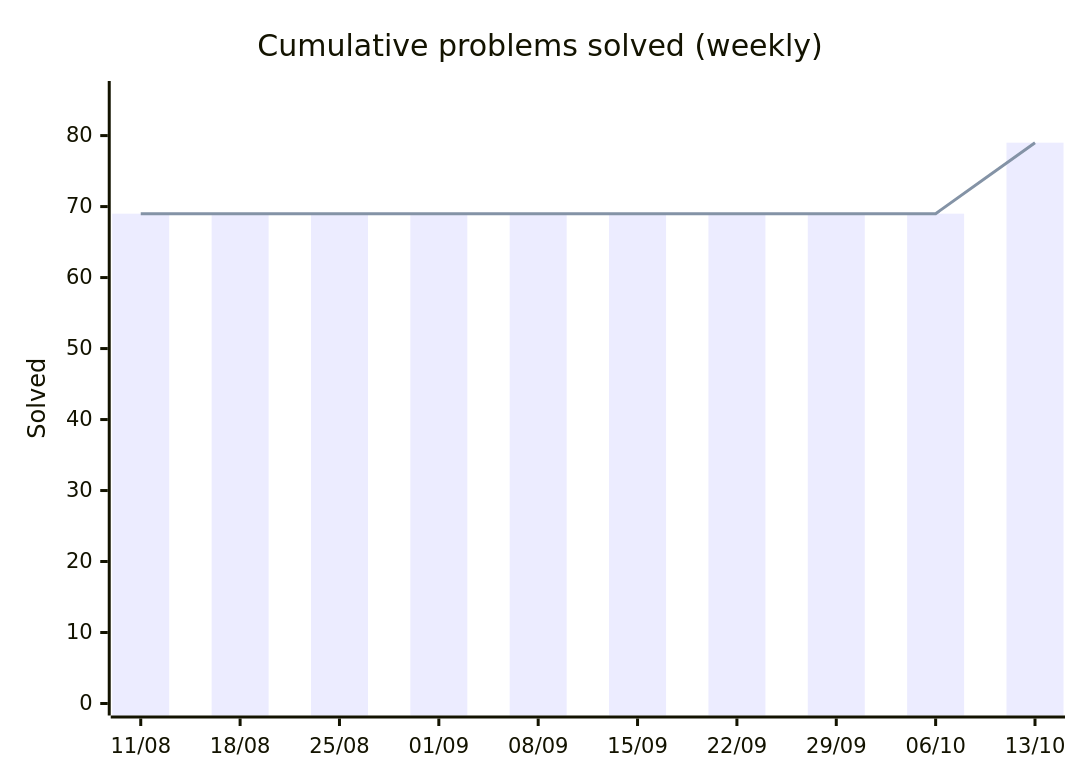
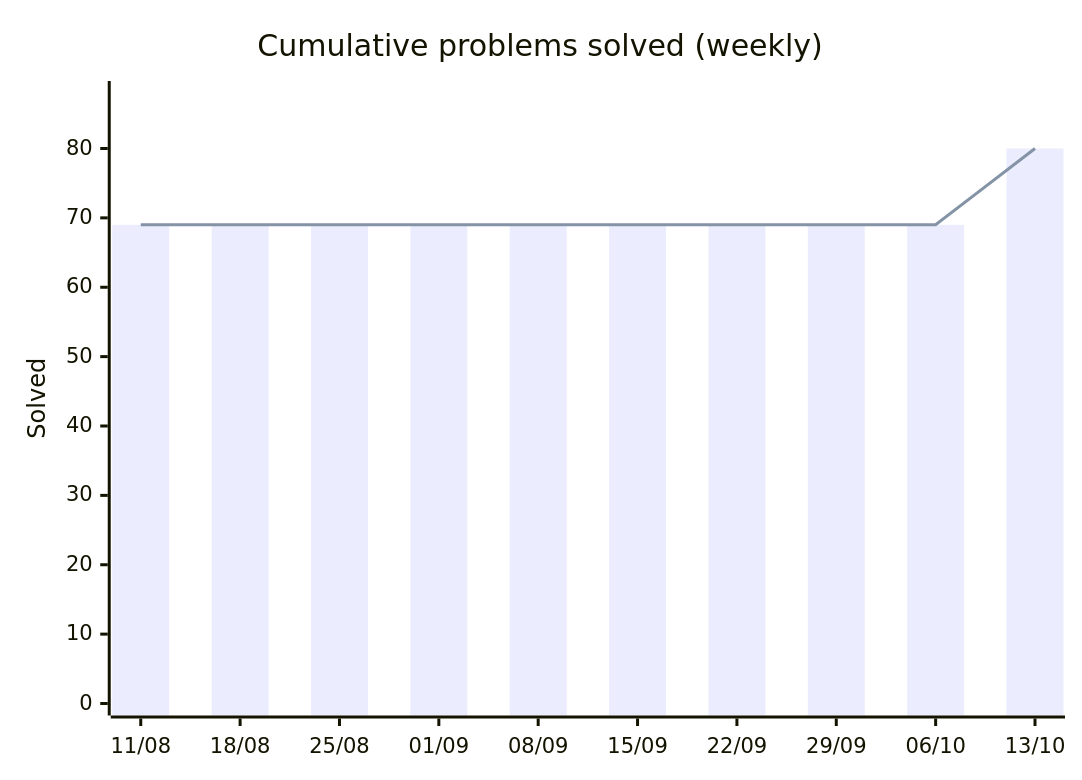
One commit to HarryTrn/TensorTonic-Solutions changed the first of 2 diagrams in README.md. Above: the diagram before and after it, drawn with Mermaid. The commit also changed other lines of this file, not shown here.

````diff
--- a/README.md
+++ b/README.md
@@ -65,8 +65,8 @@
 ```mermaid
 xychart-beta
     title "Cumulative problems solved (weekly)"
     x-axis ["11/08", "18/08", "25/08", "01/09", "08/09", "15/09", "22/09", "29/09", "06/10", "13/10"]
-    y-axis "Solved" 0 --> 86
-    bar [69, 69, 69, 69, 69, 69, 69, 69, 69, 79]
-    line [69, 69, 69, 69, 69, 69, 69, 69, 69, 79]
+    y-axis "Solved" 0 --> 88
+    bar [69, 69, 69, 69, 69, 69, 69, 69, 69, 80]
+    line [69, 69, 69, 69, 69, 69, 69, 69, 69, 80]
 ```
````
